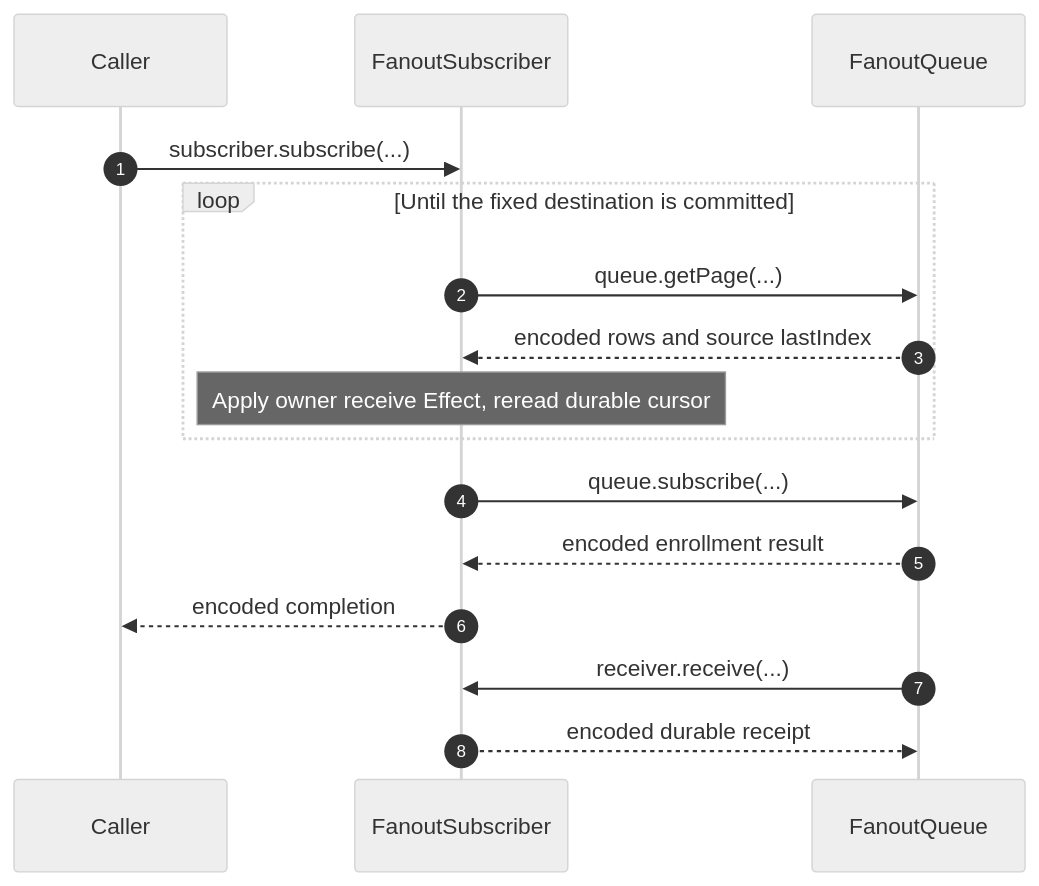
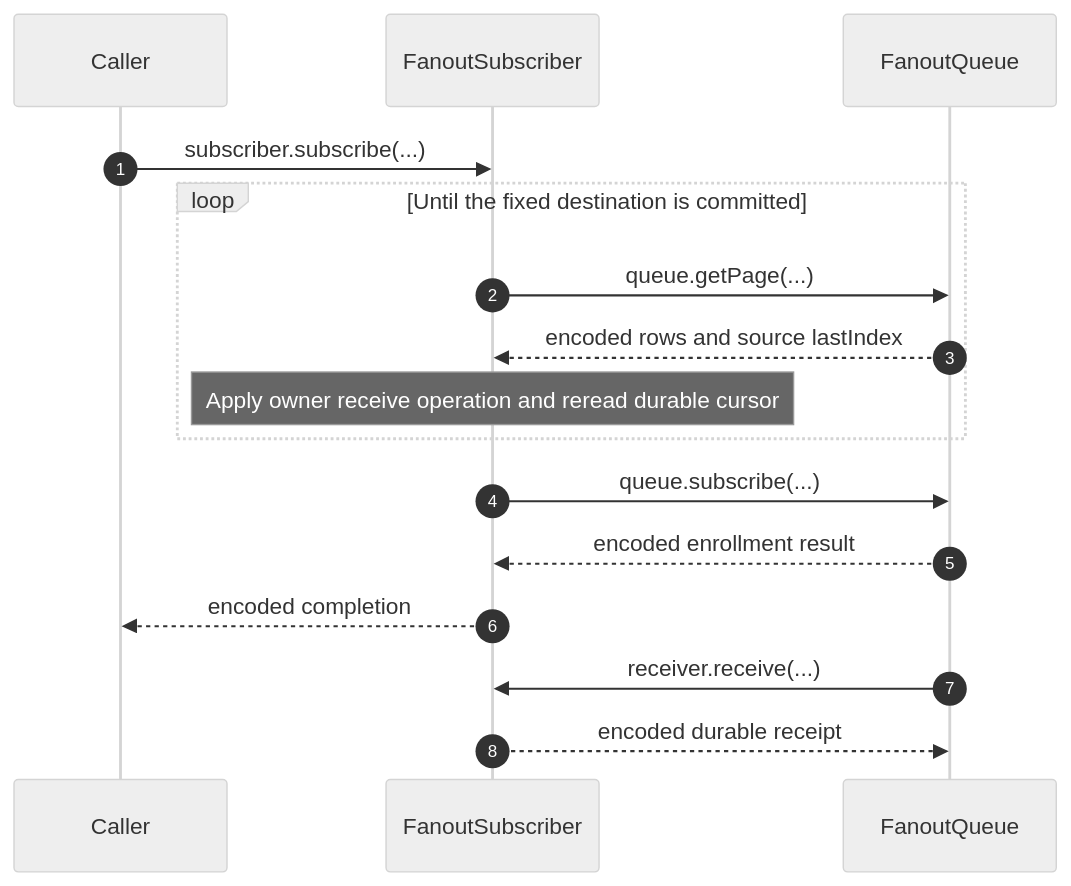
One commit to morgs32/qrk.sh changed the third of 3 diagrams in wiki/architecture/server/admitCommands.md. Above: the diagram before and after it, drawn with Mermaid (neutral theme). The commit also changed other lines of this file and 1035 other files, not shown here.

````diff
--- a/wiki/architecture/server/admitCommands.md
+++ b/wiki/architecture/server/admitCommands.md
@@ -279,25 +174,18 @@
 ```mermaid
 sequenceDiagram
   participant Caller
   participant FanoutSubscriber
   participant FanoutQueue
-  autonumber 1
+  autonumber
   Caller->>FanoutSubscriber: subscriber.subscribe(...)
   loop Until the fixed destination is committed
-    autonumber 2
     FanoutSubscriber->>FanoutQueue: queue.getPage(...)
-    autonumber 3
     FanoutQueue-->>FanoutSubscriber: encoded rows and source lastIndex
-    Note over FanoutSubscriber: Apply owner receive Effect, reread durable cursor
+    Note over FanoutSubscriber: Apply owner receive operation and reread durable cursor
   end
-  autonumber 4
   FanoutSubscriber->>FanoutQueue: queue.subscribe(...)
-  autonumber 5
   FanoutQueue-->>FanoutSubscriber: encoded enrollment result
-  autonumber 6
   FanoutSubscriber-->>Caller: encoded completion
-  autonumber 7
   FanoutQueue->>FanoutSubscriber: receiver.receive(...)
-  autonumber 8
   FanoutSubscriber-->>FanoutQueue: encoded durable receipt
 ```
````
